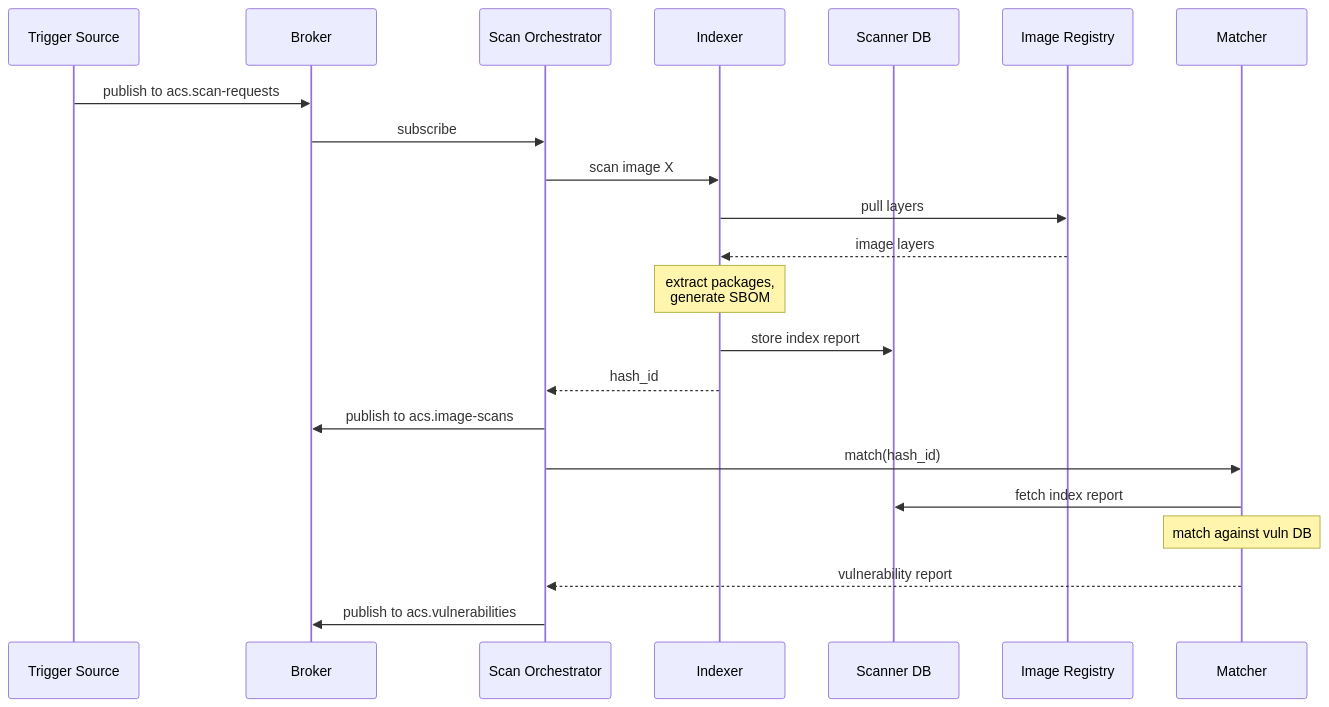
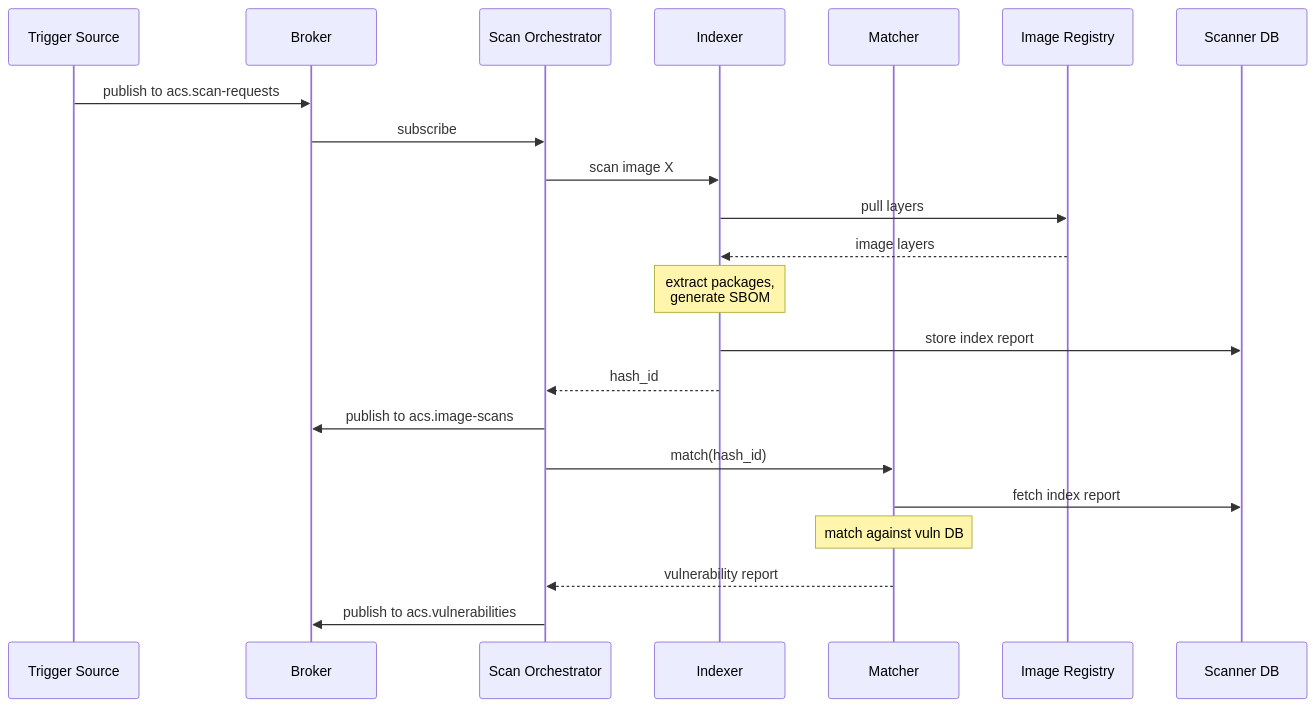
Before and after one commit to kylape/acs-next: the first of 4 diagrams in docs/architecture/components/scanner.md, drawn with Mermaid. The commit also changed other lines of this file, not shown here.

Commit message:
Reorder sequence diagram: Registry and DB on right

````diff
--- a/docs/architecture/components/scanner.md
+++ b/docs/architecture/components/scanner.md
@@ -32,25 +32,25 @@
 ```mermaid
 sequenceDiagram
     participant Source as Trigger Source
     participant Broker
     participant Orch as Scan Orchestrator
     participant Indexer
+    participant Matcher
+    participant Registry as Image Registry
     participant DB as Scanner DB
-    participant Registry as Image Registry
-    participant Matcher
 
     Source->>Broker: publish to acs.scan-requests
     Broker->>Orch: subscribe
     Orch->>Indexer: scan image X
     Indexer->>Registry: pull layers
     Registry-->>Indexer: image layers
     Note over Indexer: extract packages,<br/>generate SBOM
     Indexer->>DB: store index report
     Indexer-->>Orch: hash_id
     Orch->>Broker: publish to acs.image-scans
     Orch->>Matcher: match(hash_id)
     Matcher->>DB: fetch index report
     Note over Matcher: match against vuln DB
     Matcher-->>Orch: vulnerability report
     Orch->>Broker: publish to acs.vulnerabilities
 ```
````
